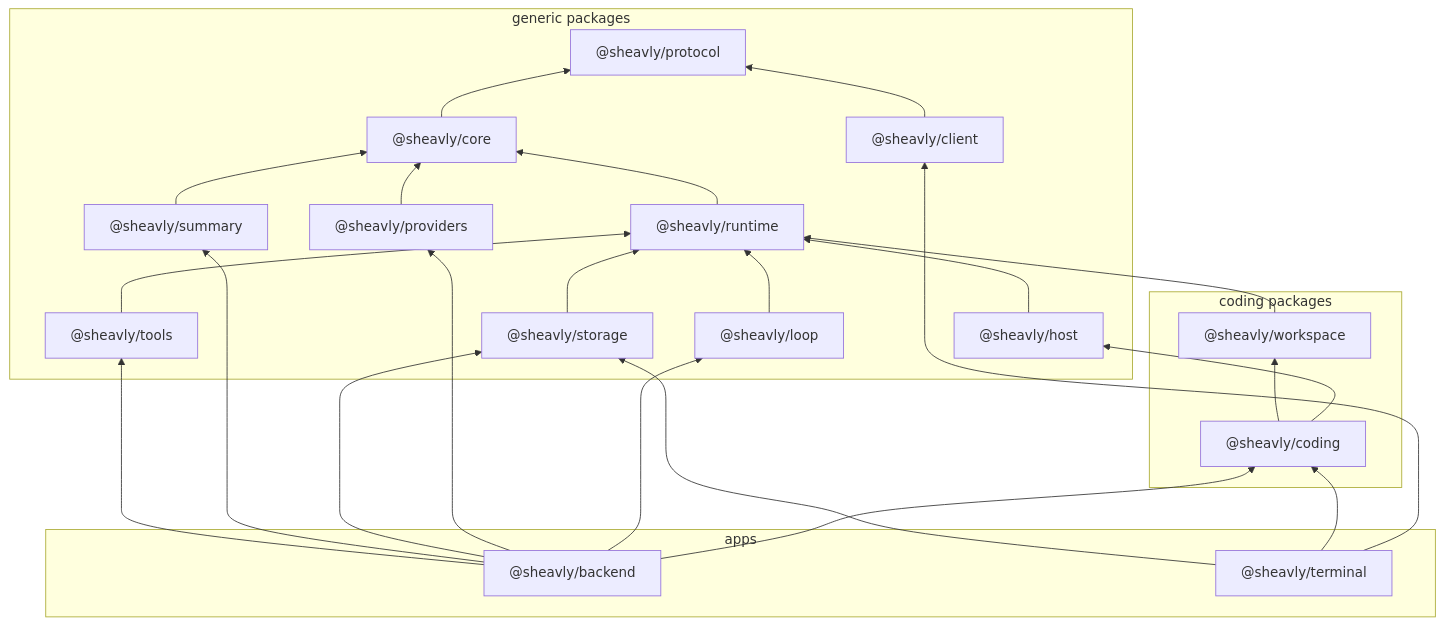
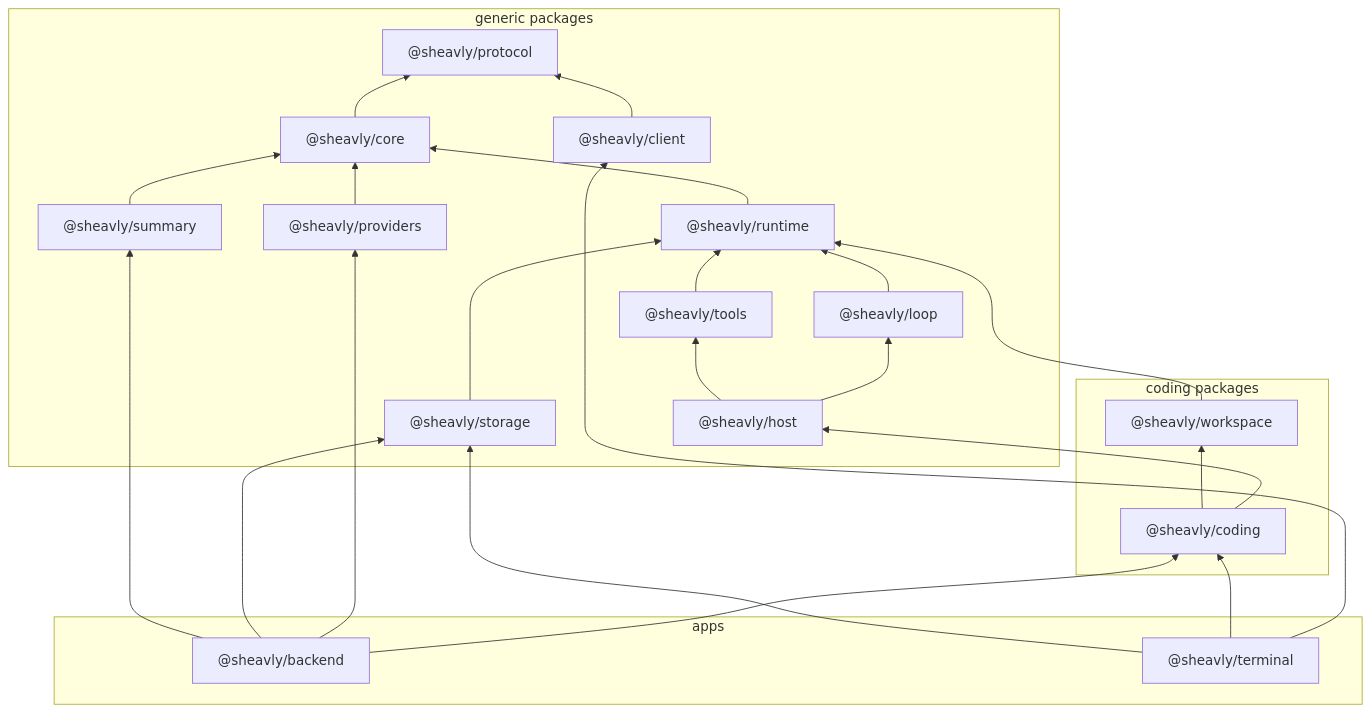
One commit to Sheavly/code changed the diagram in docs/overview.md. Above: the diagram before and after it, drawn with Mermaid. The commit also changed 22 other files, not shown here.

````diff
--- a/docs/overview.md
+++ b/docs/overview.md
@@ -35,44 +35,43 @@
 ```mermaid
 flowchart BT
   subgraph group_generic ["generic packages"]
     client["@sheavly/client"]
     core["@sheavly/core"]
     host["@sheavly/host"]
     loop["@sheavly/loop"]
     protocol["@sheavly/protocol"]
     providers["@sheavly/providers"]
     runtime["@sheavly/runtime"]
     storage["@sheavly/storage"]
     summary["@sheavly/summary"]
     tools["@sheavly/tools"]
   end
   subgraph group_coding ["coding packages"]
     coding["@sheavly/coding"]
     workspace["@sheavly/workspace"]
   end
   subgraph group_apps ["apps"]
     backend["@sheavly/backend"]
     terminal["@sheavly/terminal"]
   end
   backend --> coding
-  backend --> loop
   backend --> providers
   backend --> storage
   backend --> summary
-  backend --> tools
   client --> protocol
   coding --> host
   coding --> workspace
   core --> protocol
-  host --> runtime
+  host --> loop
+  host --> tools
   loop --> runtime
   providers --> core
   runtime --> core
   storage --> runtime
   summary --> core
   terminal --> client
   terminal --> coding
   terminal --> storage
   tools --> runtime
   workspace --> runtime
 ```
````
